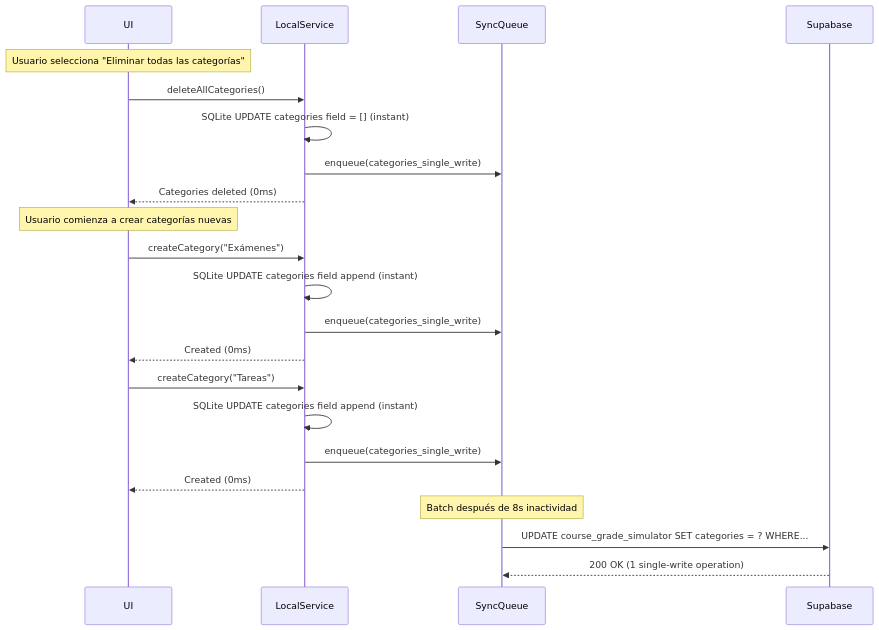
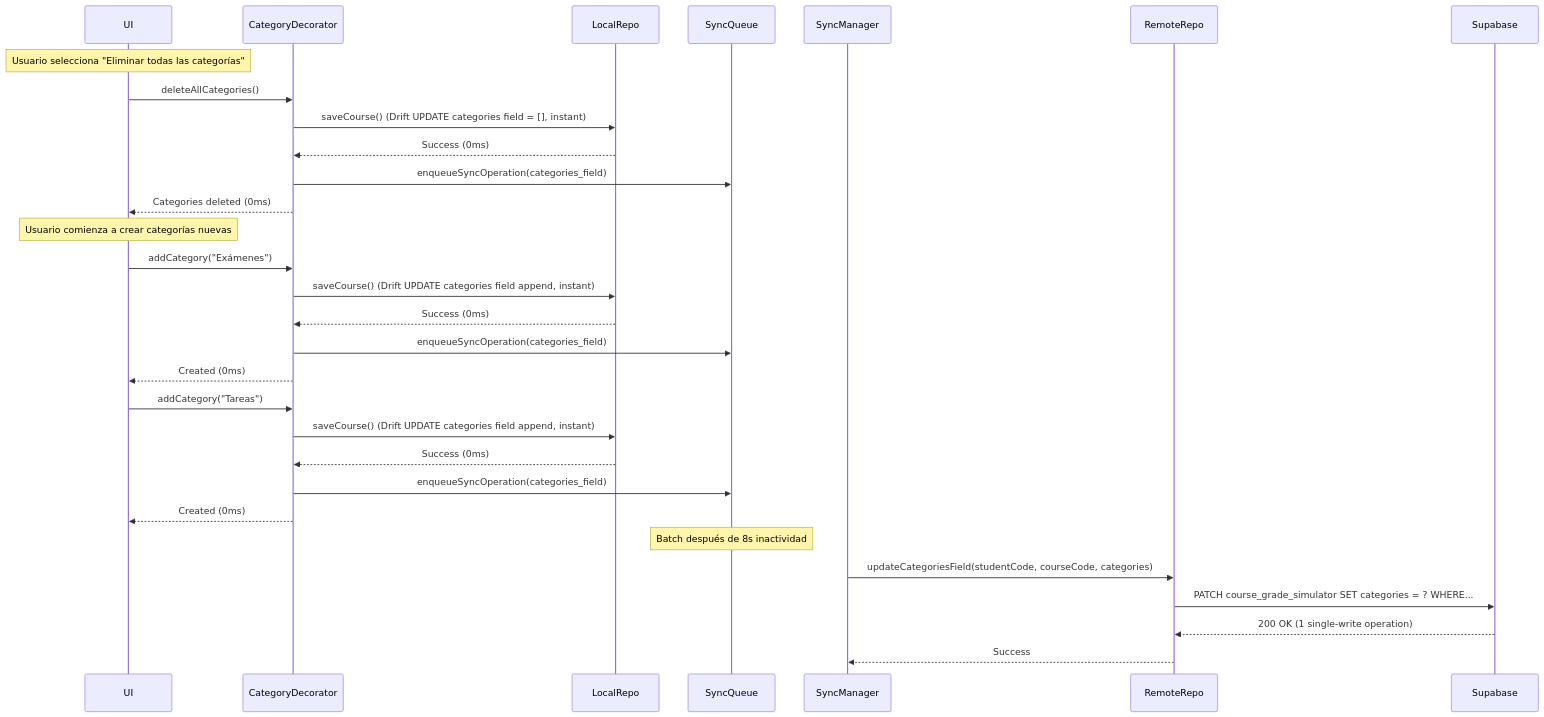
The second of 6 diagrams in docs/database-optimization-strategy.md (sigapp-unp/sigapp-mobile), drawn with Mermaid before and after one commit. The commit also changed other lines of this file and 35 other files, not shown here.

First line of the commit message:
Refactor grade tracking cache service and sync manager; migrate to drift and sqlite3_flutter_libs

````diff
--- a/docs/database-optimization-strategy.md
+++ b/docs/database-optimization-strategy.md
@@ -115,30 +126,38 @@
 ```mermaid
 sequenceDiagram
     participant UI
-    participant LocalService
+    participant CategoryDecorator
+    participant LocalRepo
     participant SyncQueue
+    participant SyncManager
+    participant RemoteRepo
     participant Supabase
 
     Note over UI: Usuario selecciona "Eliminar todas las categorías"
 
-    UI->>LocalService: deleteAllCategories()
-    LocalService->>LocalService: SQLite UPDATE categories field = [] (instant)
-    LocalService->>SyncQueue: enqueue(categories_single_write)
-    LocalService-->>UI: Categories deleted (0ms)
+    UI->>CategoryDecorator: deleteAllCategories()
+    CategoryDecorator->>LocalRepo: saveCourse() (Drift UPDATE categories field = [], instant)
+    LocalRepo-->>CategoryDecorator: Success (0ms)
+    CategoryDecorator->>SyncQueue: enqueueSyncOperation(categories_field)
+    CategoryDecorator-->>UI: Categories deleted (0ms)
 
     Note over UI: Usuario comienza a crear categorías nuevas
 
-    UI->>LocalService: createCategory("Exámenes")
-    LocalService->>LocalService: SQLite UPDATE categories field append (instant)
-    LocalService->>SyncQueue: enqueue(categories_single_write)
-    LocalService-->>UI: Created (0ms)
+    UI->>CategoryDecorator: addCategory("Exámenes")
+    CategoryDecorator->>LocalRepo: saveCourse() (Drift UPDATE categories field append, instant)
+    LocalRepo-->>CategoryDecorator: Success (0ms)
+    CategoryDecorator->>SyncQueue: enqueueSyncOperation(categories_field)
+    CategoryDecorator-->>UI: Created (0ms)
 
-    UI->>LocalService: createCategory("Tareas")
-    LocalService->>LocalService: SQLite UPDATE categories field append (instant)
-    LocalService->>SyncQueue: enqueue(categories_single_write)
-    LocalService-->>UI: Created (0ms)
+    UI->>CategoryDecorator: addCategory("Tareas")
+    CategoryDecorator->>LocalRepo: saveCourse() (Drift UPDATE categories field append, instant)
+    LocalRepo-->>CategoryDecorator: Success (0ms)
+    CategoryDecorator->>SyncQueue: enqueueSyncOperation(categories_field)
+    CategoryDecorator-->>UI: Created (0ms)
 
     Note over SyncQueue: Batch después de 8s inactividad
-    SyncQueue->>Supabase: UPDATE course_grade_simulator SET categories = ? WHERE...
-    Supabase-->>SyncQueue: 200 OK (1 single-write operation)
+    SyncManager->>RemoteRepo: updateCategoriesField(studentCode, courseCode, categories)
+    RemoteRepo->>Supabase: PATCH course_grade_simulator SET categories = ? WHERE...
+    Supabase-->>RemoteRepo: 200 OK (1 single-write operation)
+    RemoteRepo-->>SyncManager: Success
 ```
````
